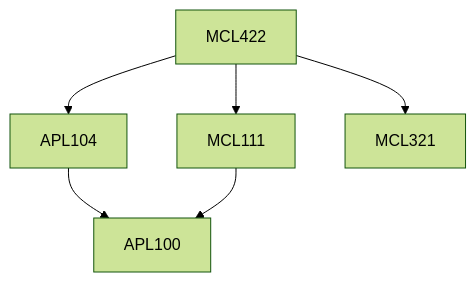
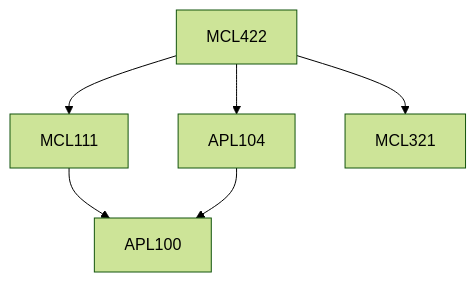
One commit to KeshavBansal0122/CoS_Website changed the diagram in content/Mechanical Engineering/MCL422.md. Above: the diagram before and after it, drawn with Mermaid (forest theme). The commit also changed other lines of this file and 2667 other files, not shown here.

````diff
--- a/content/Mechanical Engineering/MCL422.md
+++ b/content/Mechanical Engineering/MCL422.md
@@ -15,8 +13,12 @@
 ```mermaid
-graph TD
-MCL422 --> APL104
-APL104 --> APL100
-MCL422 --> MCL111
-MCL111 --> APL100
-MCL422 --> MCL321
+flowchart TD
+MCL422-463[MCL422]
+MCL111-463 --> APL100-463[APL100]
+MCL422-463 --> APL104-463[APL104]
+MCL422-463 --> MCL111-463[MCL111]
+MCL422-463 --> MCL321-463[MCL321]
+APL104-463 --> APL100-463[APL100]
+
+classDef empty height:17px, fill:transparent, stroke:transparent;
+classDef trueEmpty height:0px, width:0px;
 ```
````
